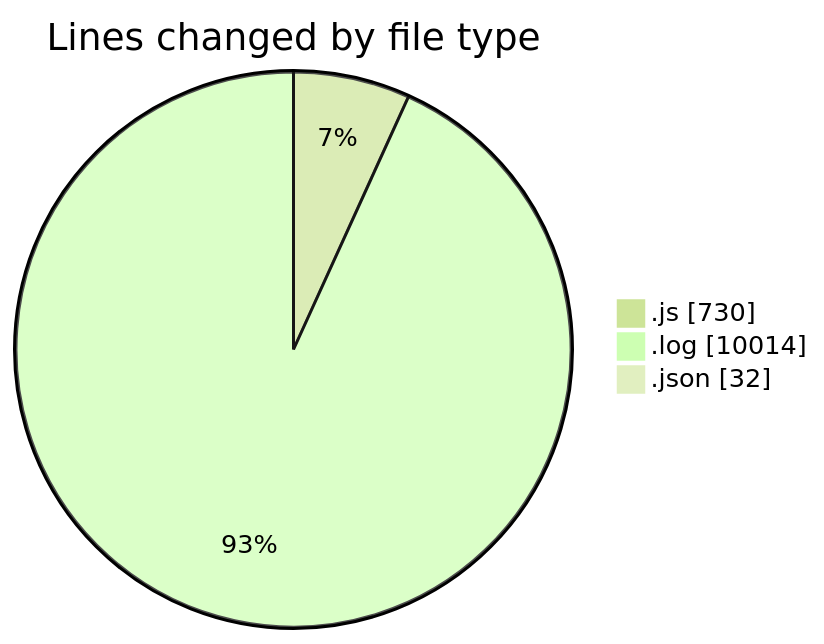
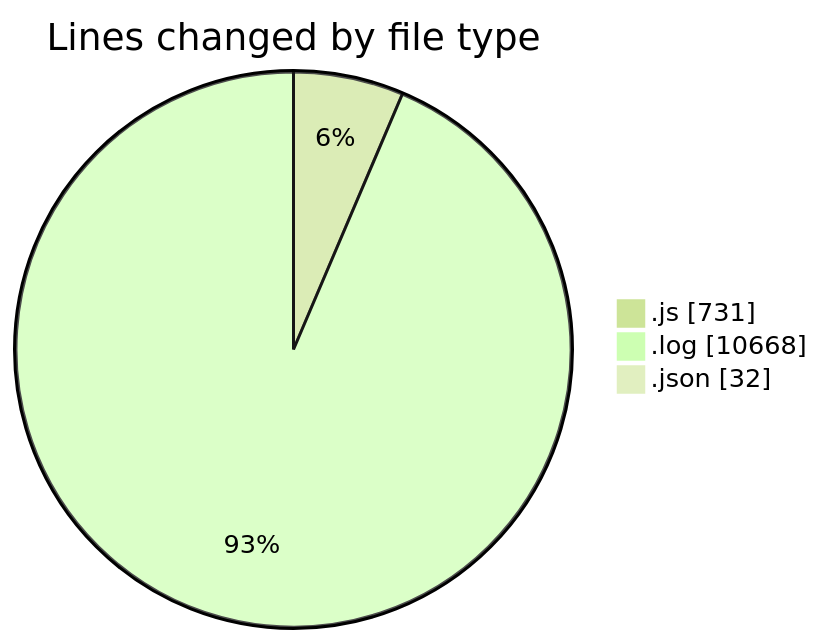
The first of 2 diagrams in 2025-04-15/nxtqube_webapp/README.md (nxtqubesakshisongat/code-tracking), drawn with Mermaid (forest theme) before and after one commit. The commit also changed other lines of this file and 1 other file, not shown here.

````diff
--- a/2025-04-15/nxtqube_webapp/README.md
+++ b/2025-04-15/nxtqube_webapp/README.md
@@ -29,7 +29,7 @@
 ```mermaid
 pie showData
 title Lines changed by file type
-".js" : 730
-".log" : 10014
+".js" : 731
+".log" : 10668
 ".json" : 32
 ```
````
